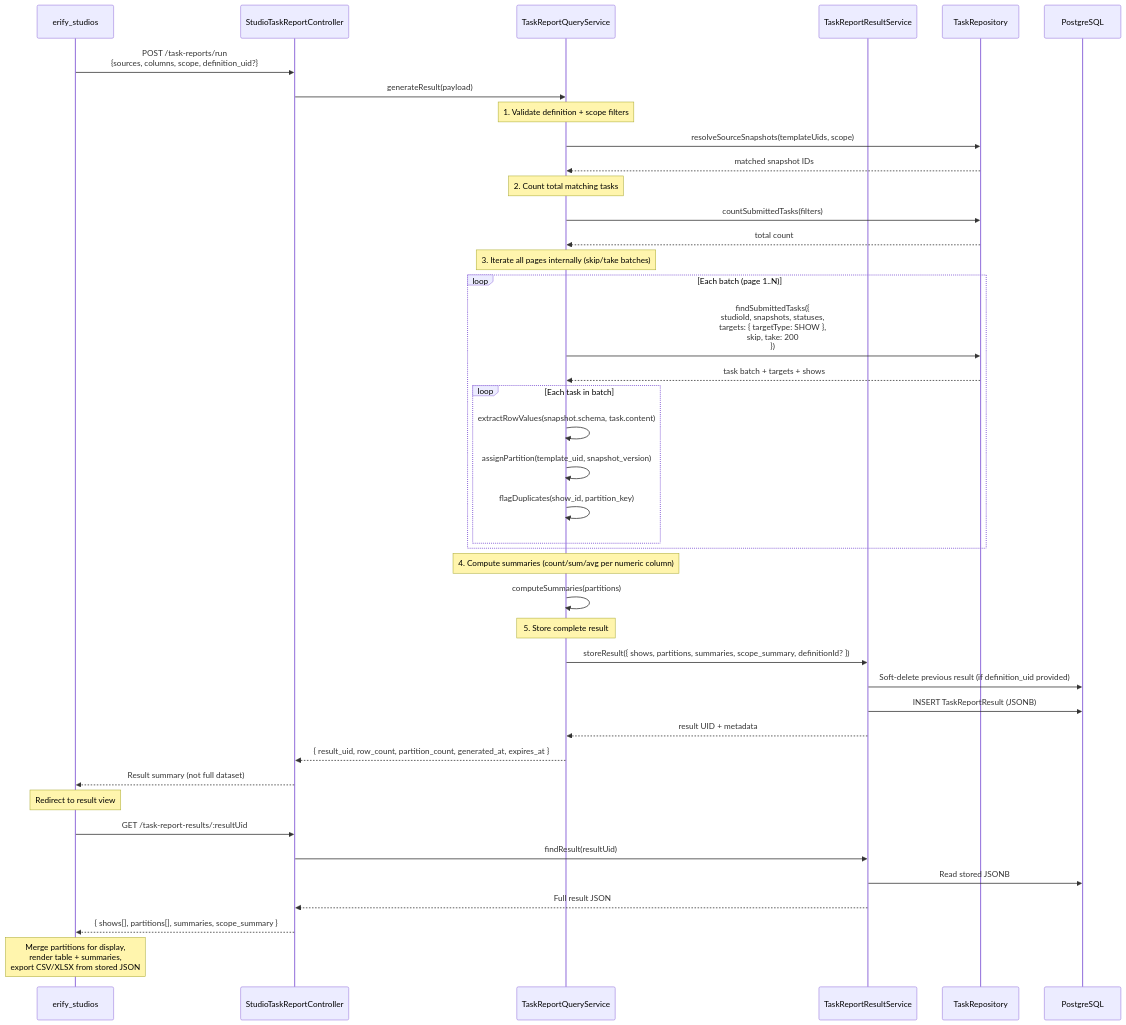
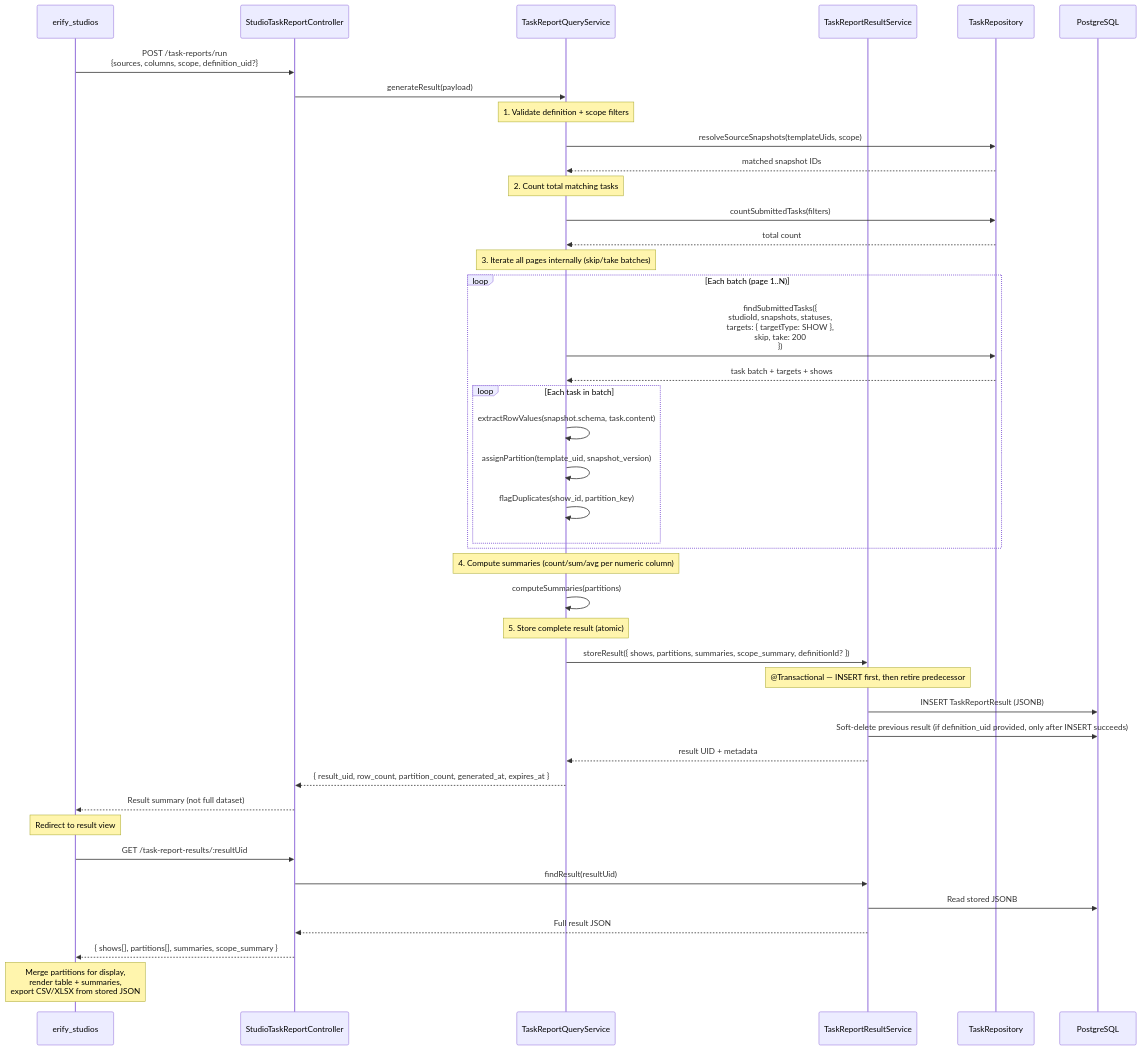
One commit to allenlin90/eridu-services changed the second of 4 diagrams in apps/erify_api/docs/design/TASK_SUBMISSION_REPORTING_DESIGN.md. Above: the diagram before and after it, drawn with Mermaid. The commit also changed other lines of this file and 2 other files, not shown here.

````diff
--- a/apps/erify_api/docs/design/TASK_SUBMISSION_REPORTING_DESIGN.md
+++ b/apps/erify_api/docs/design/TASK_SUBMISSION_REPORTING_DESIGN.md
@@ -490,53 +513,54 @@
 ```mermaid
 sequenceDiagram
     participant FE as erify_studios
     participant Ctrl as StudioTaskReportController
     participant QS as TaskReportQueryService
     participant RS as TaskReportResultService
     participant Repo as TaskRepository
     participant DB as PostgreSQL
 
     FE->>Ctrl: POST /task-reports/run<br/>{sources, columns, scope, definition_uid?}
     Ctrl->>QS: generateResult(payload)
 
     Note over QS: 1. Validate definition + scope filters
     QS->>Repo: resolveSourceSnapshots(templateUids, scope)
     Repo-->>QS: matched snapshot IDs
 
     Note over QS: 2. Count total matching tasks
     QS->>Repo: countSubmittedTasks(filters)
     Repo-->>QS: total count
 
     Note over QS: 3. Iterate all pages internally (skip/take batches)
     loop Each batch (page 1..N)
         QS->>Repo: findSubmittedTasks({<br/>  studioId, snapshots, statuses,<br/>  targets: { targetType: SHOW },<br/>  skip, take: 200<br/>})
         Repo-->>QS: task batch + targets + shows
 
         loop Each task in batch
             QS->>QS: extractRowValues(snapshot.schema, task.content)
             QS->>QS: assignPartition(template_uid, snapshot_version)
             QS->>QS: flagDuplicates(show_id, partition_key)
         end
     end
 
     Note over QS: 4. Compute summaries (count/sum/avg per numeric column)
     QS->>QS: computeSummaries(partitions)
 
-    Note over QS: 5. Store complete result
+    Note over QS: 5. Store complete result (atomic)
     QS->>RS: storeResult({ shows, partitions, summaries, scope_summary, definitionId? })
-    RS->>DB: Soft-delete previous result (if definition_uid provided)
+    Note over RS: @Transactional — INSERT first, then retire predecessor
     RS->>DB: INSERT TaskReportResult (JSONB)
+    RS->>DB: Soft-delete previous result (if definition_uid provided, only after INSERT succeeds)
     RS-->>QS: result UID + metadata
 
     QS-->>Ctrl: { result_uid, row_count, partition_count, generated_at, expires_at }
     Ctrl-->>FE: Result summary (not full dataset)
 
     Note over FE: Redirect to result view
 
     FE->>Ctrl: GET /task-report-results/:resultUid
     Ctrl->>RS: findResult(resultUid)
     RS->>DB: Read stored JSONB
     RS-->>Ctrl: Full result JSON
     Ctrl-->>FE: { shows[], partitions[], summaries, scope_summary }
     Note over FE: Merge partitions for display,<br/>render table + summaries,<br/>export CSV/XLSX from stored JSON
 ```
````
